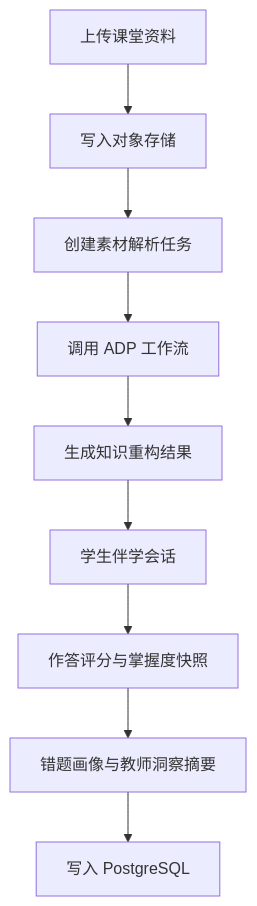
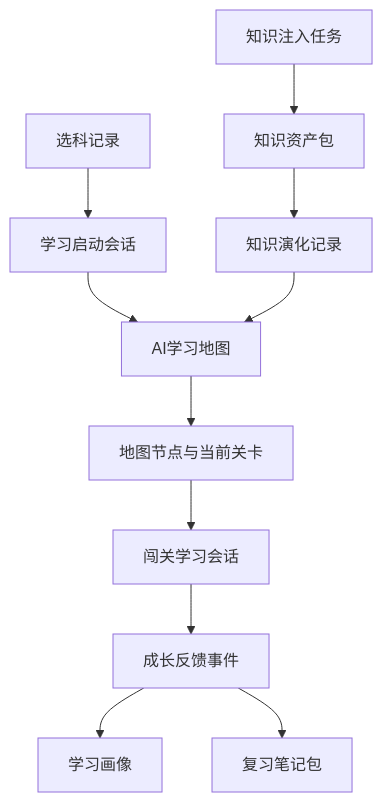
The second of 2 diagrams in doc/作品文档/04-总体架构与技术选型.md (chenqsq/doc-showcase), drawn with Mermaid before and after one commit. The commit also changed other lines of this file and 42 other files, not shown here.

Commit message:
文档站：切换 AI 主导学习生命周期与实时演化学习地图口径

````diff
--- a/doc/作品文档/04-总体架构与技术选型.md
+++ b/doc/作品文档/04-总体架构与技术选型.md
@@ -69,11 +95,13 @@
 ```mermaid
 flowchart TD
-    A[上传课堂资料] --> B[写入对象存储]
-    B --> C[创建素材解析任务]
-    C --> D[调用 ADP 工作流]
-    D --> E[生成知识重构结果]
-    E --> F[学生伴学会话]
-    F --> G[作答评分与掌握度快照]
-    G --> H[错题画像与教师洞察摘要]
-    H --> I[写入 PostgreSQL]
+    A[选科记录] --> B[学习启动会话]
+    B --> C[AI学习地图]
+    C --> D[地图节点与当前关卡]
+    D --> E[闯关学习会话]
+    E --> F[成长反馈事件]
+    F --> G[学习画像]
+    F --> H[复习笔记包]
+    I[知识注入任务] --> J[知识资产包]
+    J --> K[知识演化记录]
+    K --> C
 ```
````
